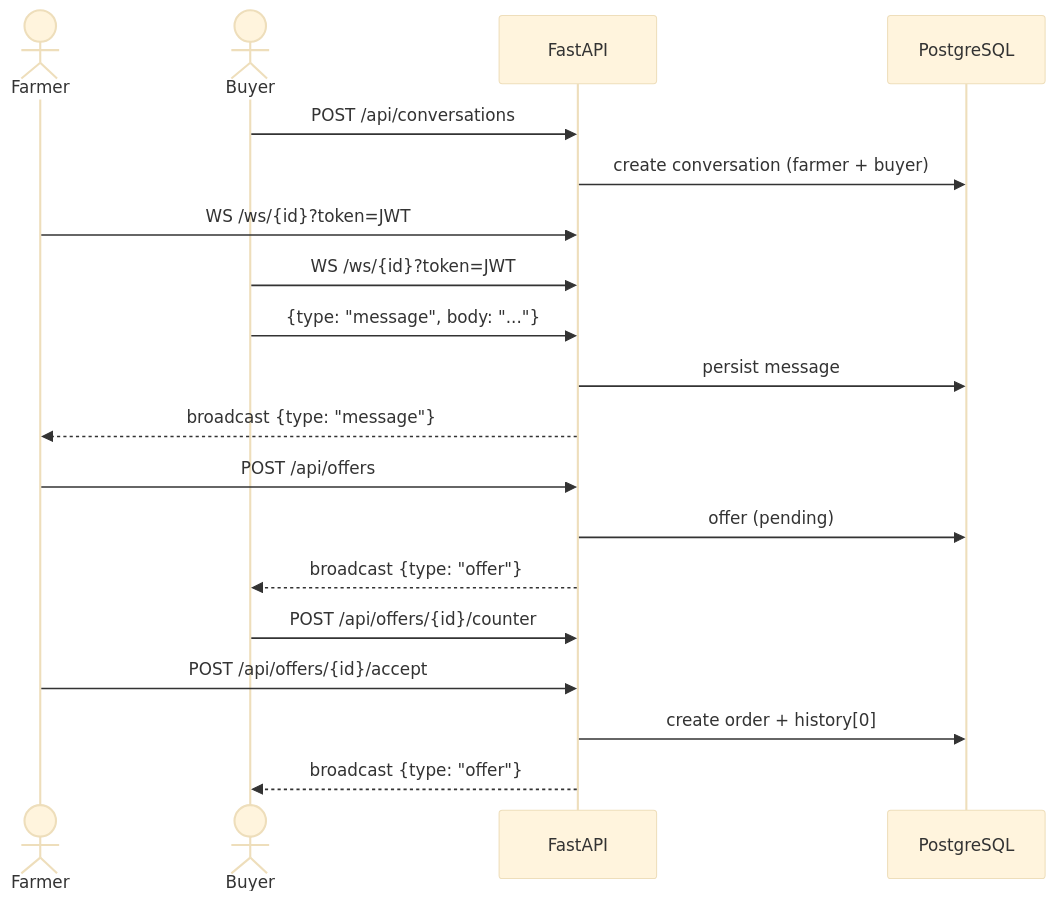
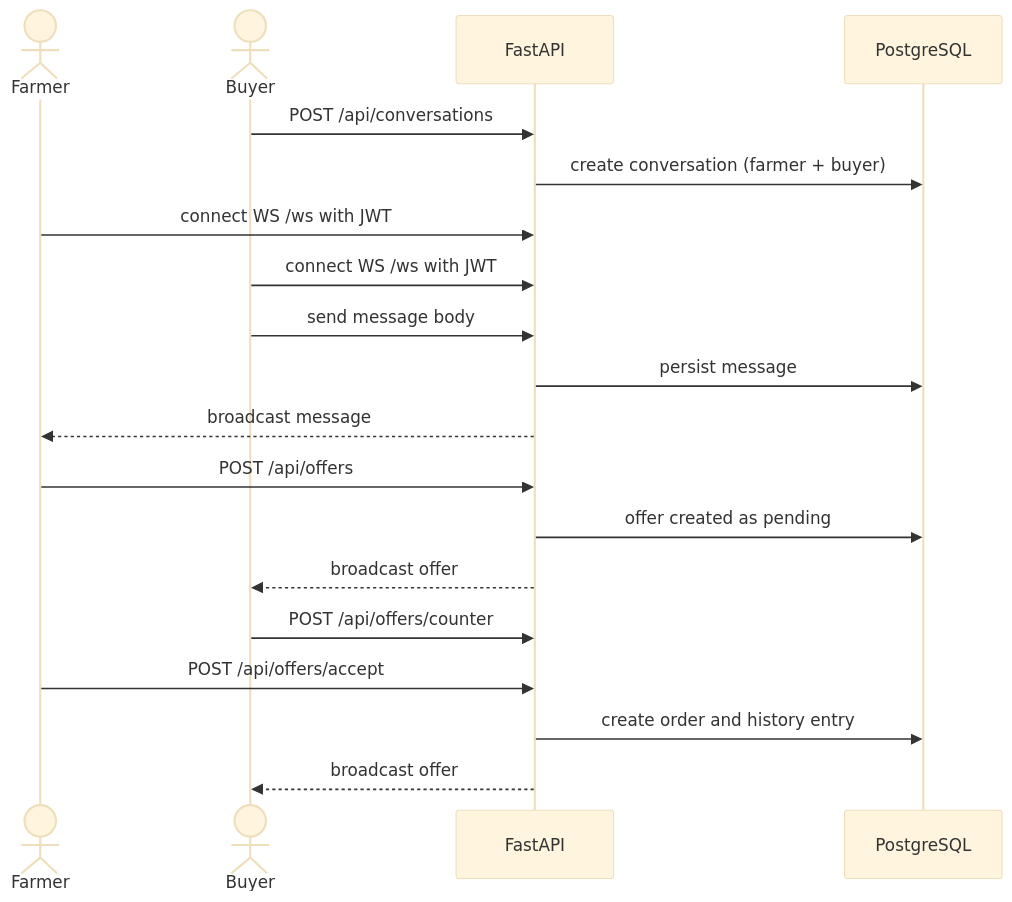
One commit to Raufnarejo505/AgriMatch---A-Web-Based-Farmer-Buyer-Marketplace changed the second of 2 diagrams in README.md. Above: the diagram before and after it, drawn with Mermaid (base theme). The commit also changed other lines of this file, not shown here.

First line of the commit message:
docs: rewrite README and fix the broken architecture diagram

````diff
--- a/README.md
+++ b/README.md
@@ -108,22 +102,22 @@
 ```mermaid
 sequenceDiagram
     actor F as Farmer
     actor B as Buyer
     participant API as FastAPI
     participant DB as PostgreSQL
 
     B->>API: POST /api/conversations
     API->>DB: create conversation (farmer + buyer)
-    F->>API: WS /ws/{id}?token=JWT
-    B->>API: WS /ws/{id}?token=JWT
-    B->>API: {type: "message", body: "..."}
+    F->>API: connect WS /ws with JWT
+    B->>API: connect WS /ws with JWT
+    B->>API: send message body
     API->>DB: persist message
-    API-->>F: broadcast {type: "message"}
+    API-->>F: broadcast message
     F->>API: POST /api/offers
-    API->>DB: offer (pending)
-    API-->>B: broadcast {type: "offer"}
-    B->>API: POST /api/offers/{id}/counter
-    F->>API: POST /api/offers/{id}/accept
-    API->>DB: create order + history[0]
-    API-->>B: broadcast {type: "offer"}
+    API->>DB: offer created as pending
+    API-->>B: broadcast offer
+    B->>API: POST /api/offers/counter
+    F->>API: POST /api/offers/accept
+    API->>DB: create order and history entry
+    API-->>B: broadcast offer
 ```
````
